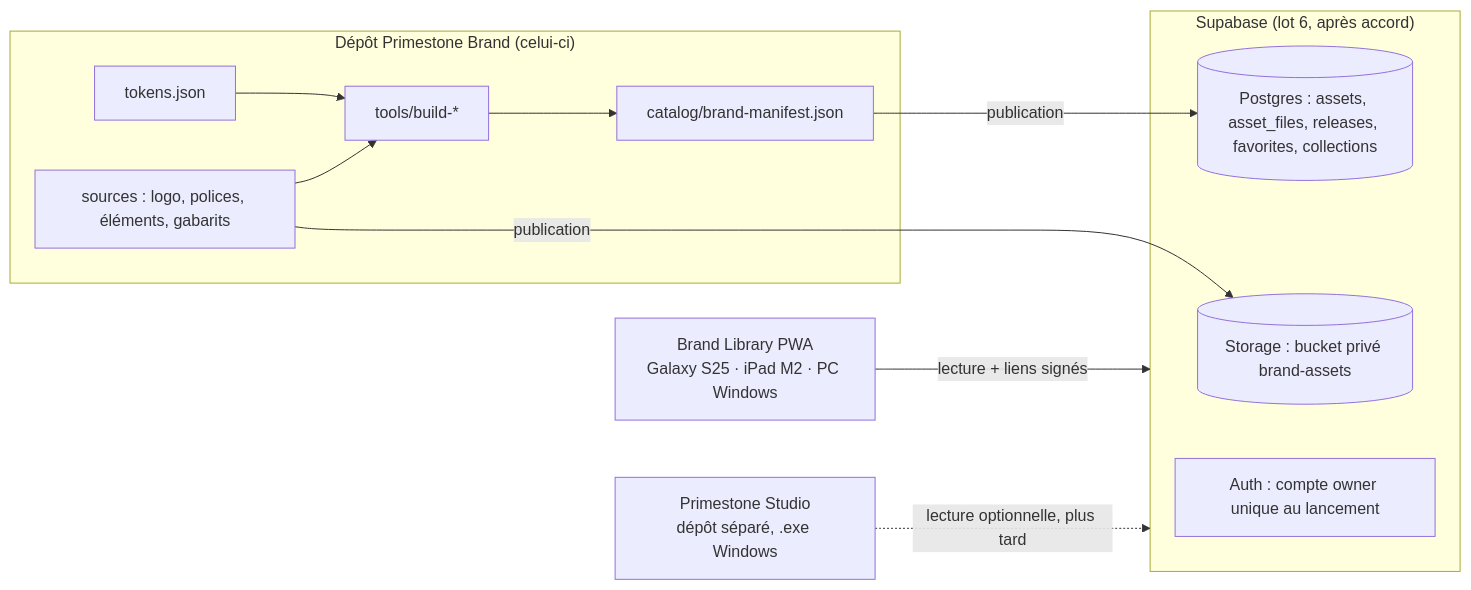
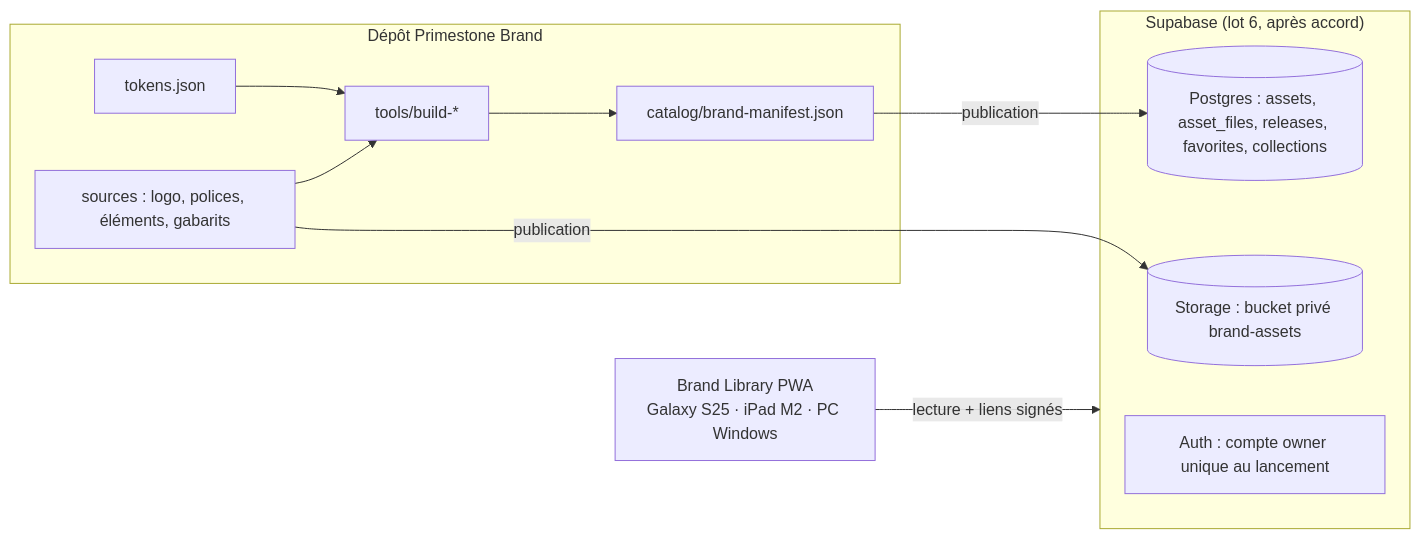
One commit to lukecage2003/DA-PRIME changed the diagram in docs/ARCHITECTURE.md. Above: the diagram before and after it, drawn with Mermaid. The commit also changed other lines of this file and 4 other files, not shown here.

````diff
--- a/docs/ARCHITECTURE.md
+++ b/docs/ARCHITECTURE.md
@@ -5,17 +5,16 @@
 ```mermaid
 flowchart LR
-  subgraph BRAND["Dépôt Primestone Brand (celui-ci)"]
+  subgraph BRAND["Dépôt Primestone Brand"]
     T[tokens.json] --> B[tools/build-*]
     S[sources : logo, polices, éléments, gabarits] --> B
     B --> M[catalog/brand-manifest.json]
   end
   subgraph SUPA["Supabase (lot 6, après accord)"]
     ST[(Storage : bucket privé brand-assets)]
     DB[(Postgres : assets, asset_files, releases, favorites, collections)]
     AU[Auth : compte owner unique au lancement]
   end
   M -- publication --> DB
   S -- publication --> ST
   PWA[Brand Library PWA<br/>Galaxy S25 · iPad M2 · PC Windows] -- lecture + liens signés --> SUPA
-  STUDIO[Primestone Studio<br/>dépôt séparé, .exe Windows] -. lecture optionnelle, plus tard .-> SUPA
 ```
````
